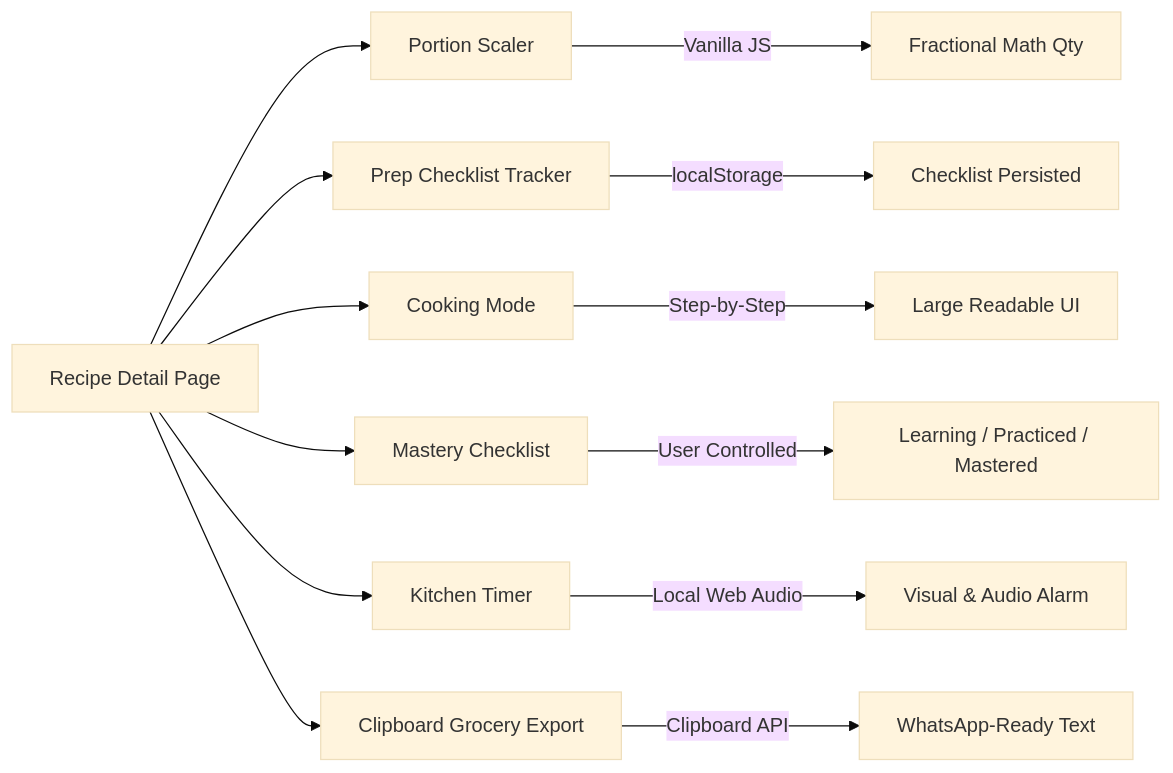
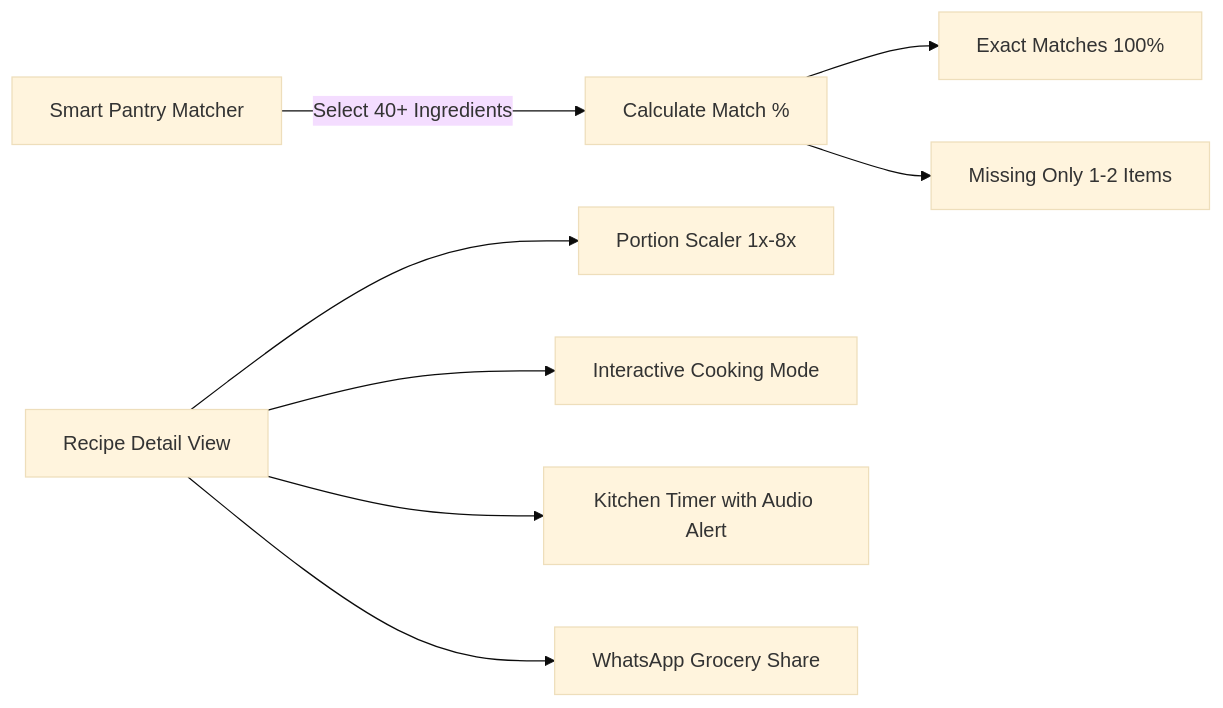
One commit to Sh-aran13/Recipe-Book-using-php changed the second of 2 diagrams in README.md. Above: the diagram before and after it, drawn with Mermaid (base theme). The commit also changed other lines of this file, not shown here.

````diff
--- a/README.md
+++ b/README.md
@@ -225,16 +198,11 @@
 ```mermaid
 graph LR
-    A[Recipe Detail Page] --> B[Portion Scaler]
-    A --> C[Prep Checklist Tracker]
-    A --> D[Cooking Mode]
-    A --> E[Mastery Checklist]
-    A --> F[Kitchen Timer]
-    A --> G[Clipboard Grocery Export]
+    A[Smart Pantry Matcher] -->|Select 40+ Ingredients| B[Calculate Match %]
+    B --> C[Exact Matches 100%]
+    B --> D[Missing Only 1-2 Items]
 
-    B -->|Vanilla JS| H[Fractional Math Qty]
-    C -->|localStorage| I[Checklist Persisted]
-    D -->|Step-by-Step| J[Large Readable UI]
-    E -->|User Controlled| K[Learning / Practiced / Mastered]
-    F -->|Local Web Audio| L[Visual & Audio Alarm]
-    G -->|Clipboard API| M[WhatsApp-Ready Text]
+    E[Recipe Detail View] --> F[Portion Scaler 1x-8x]
+    E --> G[Interactive Cooking Mode]
+    E --> H[Kitchen Timer with Audio Alert]
+    E --> I[WhatsApp Grocery Share]
 ```
````
